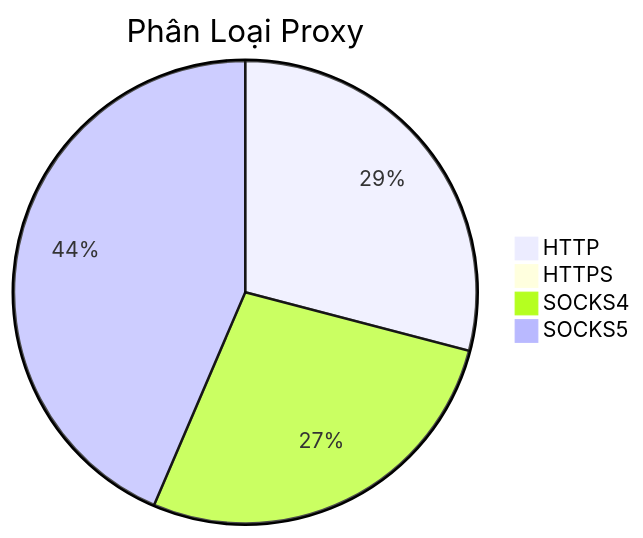
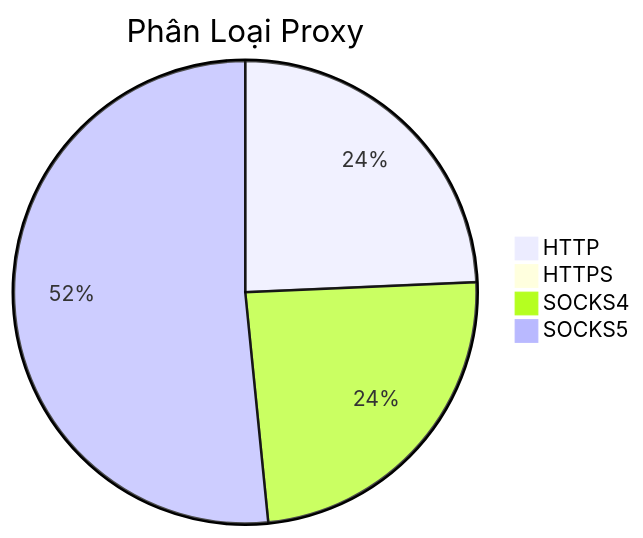
The diagram in README.md (Ciara-Aa/PROXY-free), drawn with Mermaid before and after one commit. The commit also changed other lines of this file and 3 other files, not shown here.

````diff
--- a/README.md
+++ b/README.md
@@ -26,7 +26,7 @@
 ```mermaid
 pie title Phân Loại Proxy
-    "HTTP" : 255
+    "HTTP" : 245
     "HTTPS" : 0
-    "SOCKS4" : 240
-    "SOCKS5" : 382
+    "SOCKS4" : 243
+    "SOCKS5" : 520
 ```
````
